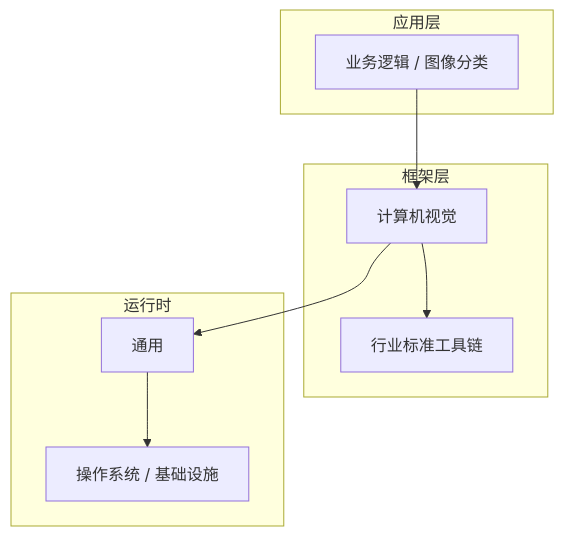
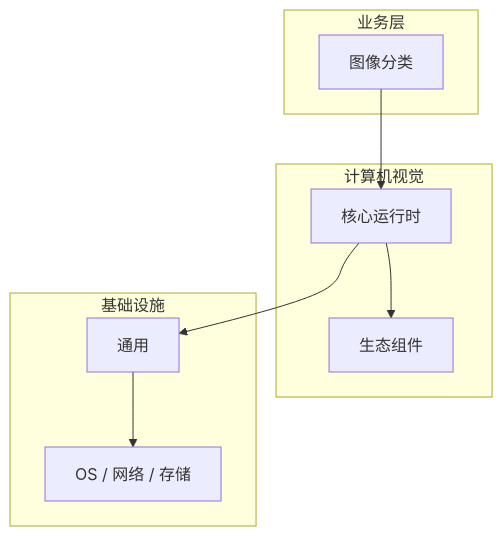
The diagram in articles/计算机视觉/chapters/041-图像分类核心概念与原理.md (yanggan2015/knowledge-json-v2), drawn with Mermaid before and after one commit. The commit also changed other lines of this file and 10127 other files, not shown here.

````diff
--- a/articles/计算机视觉/chapters/041-图像分类核心概念与原理.md
+++ b/articles/计算机视觉/chapters/041-图像分类核心概念与原理.md
@@ -45,18 +30,18 @@
 ```mermaid
 graph TB
-    subgraph 应用层
-        A[业务逻辑 / 图像分类]
+    subgraph 业务层
+        A[图像分类]
     end
-    subgraph 框架层
-        B[计算机视觉]
-        C[行业标准工具链]
+    subgraph 计算机视觉
+        B[核心运行时]
+        C[生态组件]
     end
-    subgraph 运行时
+    subgraph 基础设施
         D[通用]
-        E[操作系统 / 基础设施]
+        E[OS / 网络 / 存储]
     end
     A --> B
     B --> C
     B --> D
     D --> E
 ```
````
